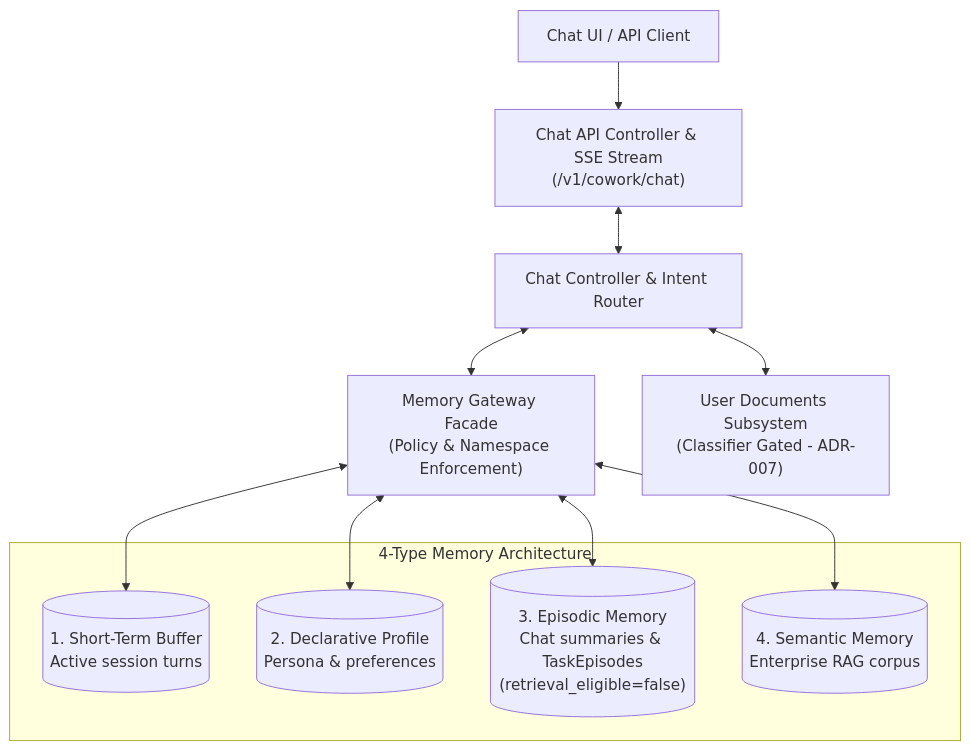
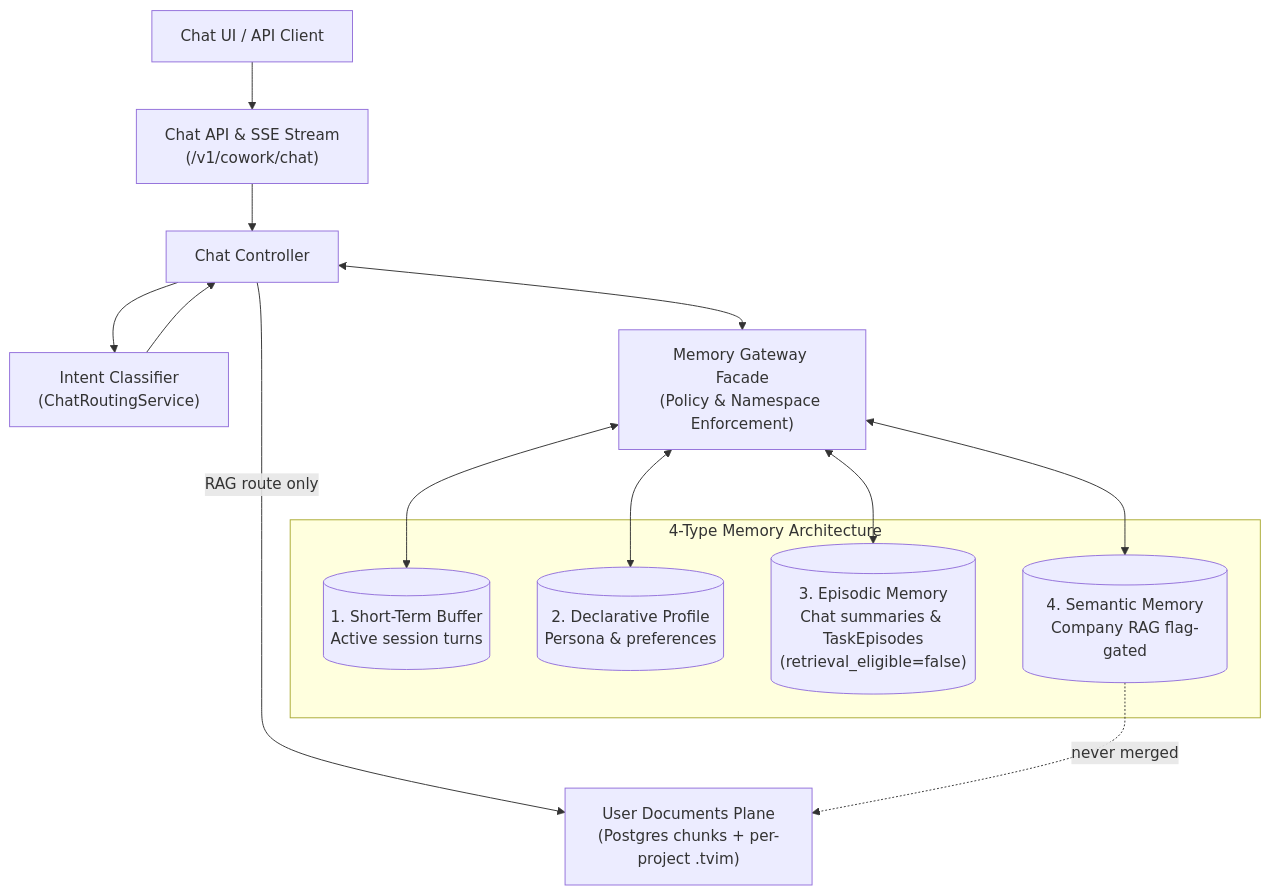
The diagram in docs/architectures/current-architectures/02-ai-chat-and-typed-memory.md (MathematicGuy/EMAIL-AGENT-v1), drawn with Mermaid before and after one commit. The commit also changed other lines of this file and 14 other files, not shown here.

Commit message:
feat(frontend): relocate project documents button to header in chat view

````diff
--- a/docs/architectures/current-architectures/02-ai-chat-and-typed-memory.md
+++ b/docs/architectures/current-architectures/02-ai-chat-and-typed-memory.md
@@ -14,21 +16,23 @@
 ```mermaid
 flowchart TB
-    CLIENT["Chat UI / API Client"] --> SSE["Chat API Controller & SSE Stream<br/>(/v1/cowork/chat)"]
-    SSE <--> CHAT["Chat Controller & Intent Router"]
-    
+    CLIENT["Chat UI / API Client"] --> SSE["Chat API & SSE Stream<br/>(/v1/cowork/chat)"]
+    SSE --> CHAT["Chat Controller"]
+    CHAT --> CLS["Intent Classifier<br/>(ChatRoutingService)"]
+    CLS --> CHAT
     CHAT <--> GATEWAY["Memory Gateway Facade<br/>(Policy & Namespace Enforcement)"]
-    
+
     subgraph MEMORY["4-Type Memory Architecture"]
         SHORT[("1. Short-Term Buffer<br/>Active session turns")]
         DECL[("2. Declarative Profile<br/>Persona & preferences")]
         EPISODE[("3. Episodic Memory<br/>Chat summaries & TaskEpisodes<br/>(retrieval_eligible=false)")]
-        SEMANTIC[("4. Semantic Memory<br/>Enterprise RAG corpus")]
+        SEMANTIC[("4. Semantic Memory<br/>Company RAG flag-gated")]
     end
-    
+
     GATEWAY <--> SHORT
     GATEWAY <--> DECL
     GATEWAY <--> EPISODE
     GATEWAY <--> SEMANTIC
-    
-    CHAT <--> UDOC["User Documents Subsystem<br/>(Classifier Gated - ADR-007)"]
+
+    CHAT -->|"RAG route only"| UDOC["User Documents Plane<br/>(Postgres chunks + per-project .tvim)"]
+    SEMANTIC -.->|"never merged"| UDOC
 ```
````
